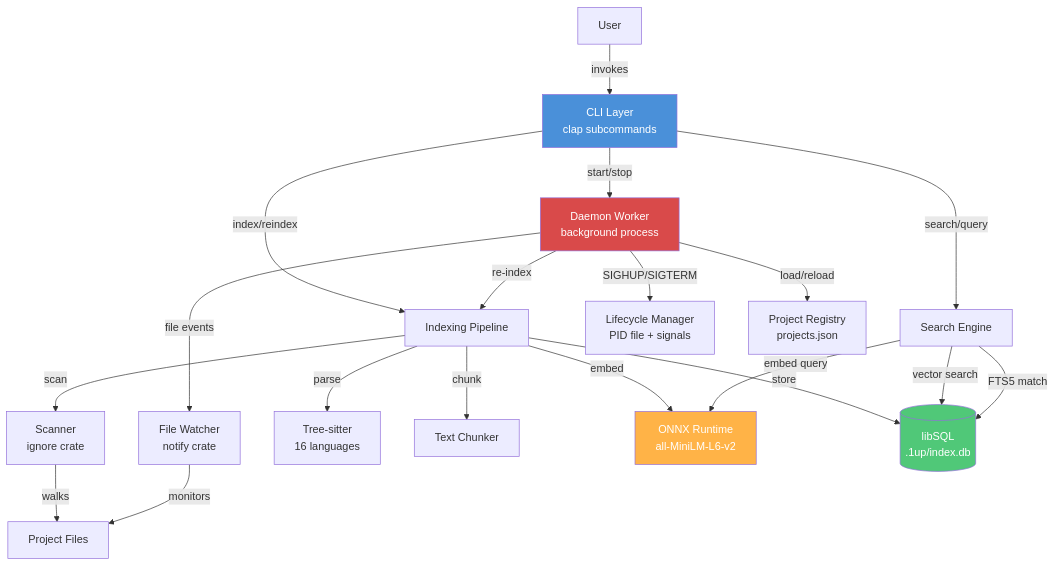
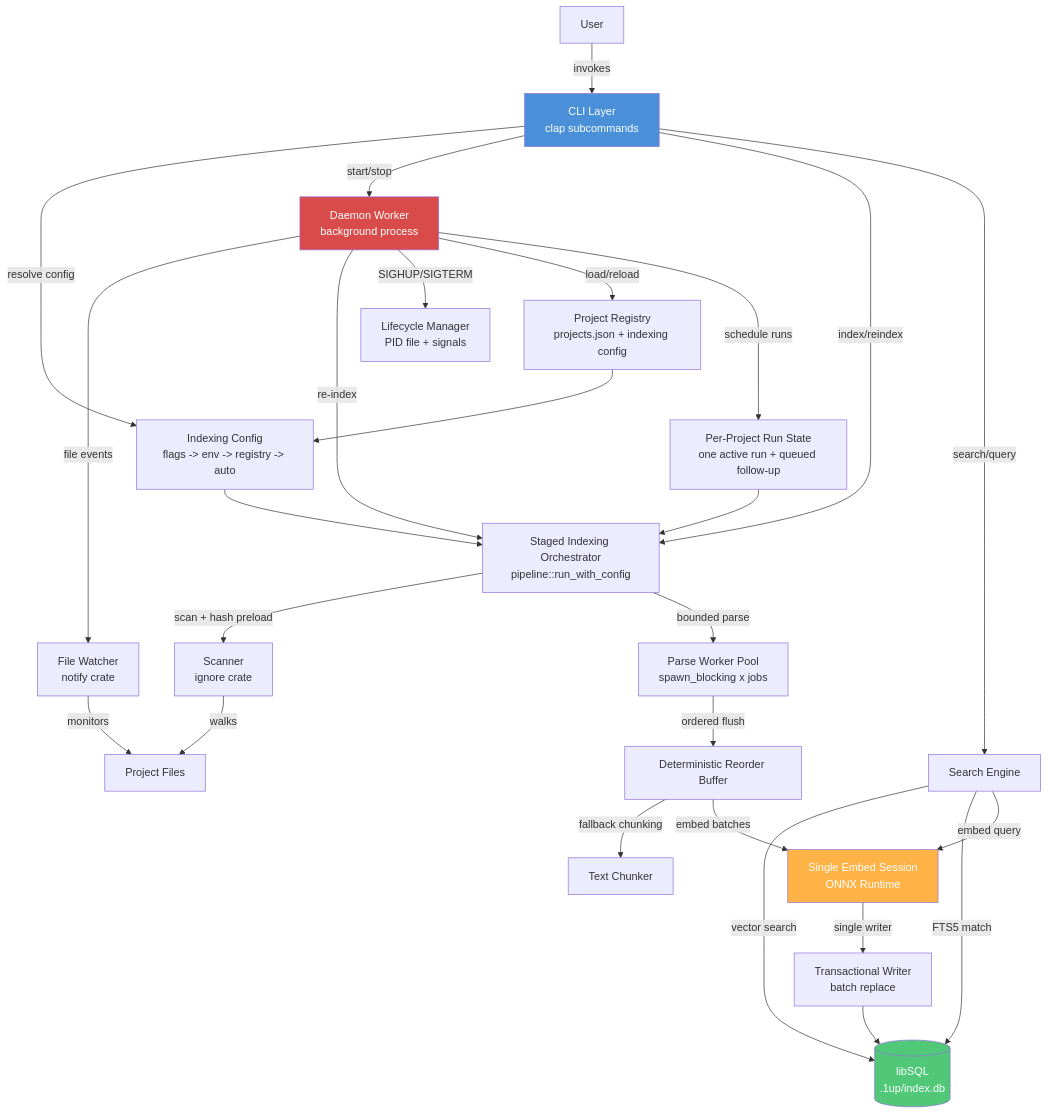
Before and after one commit to rp1-run/1up: the diagram in .rp1/context/architecture.md, drawn with Mermaid. The commit also changed other lines of this file and 3 other files, not shown here.

````diff
--- a/.rp1/context/architecture.md
+++ b/.rp1/context/architecture.md
@@ -9,30 +9,38 @@
 ```mermaid
 graph TB
     User[User] -->|invokes| CLI[CLI Layer<br/>clap subcommands]
+    CLI -->|resolve config| Config[Indexing Config<br/>flags -> env -> registry -> auto]
     CLI -->|start/stop| Daemon[Daemon Worker<br/>background process]
-    CLI -->|index/reindex| Pipeline[Indexing Pipeline]
+    CLI -->|index/reindex| Pipeline[Staged Indexing Orchestrator<br/>pipeline::run_with_config]
     CLI -->|search/query| Search[Search Engine]
 
     Daemon -->|file events| Watcher[File Watcher<br/>notify crate]
     Daemon -->|re-index| Pipeline
     Daemon -->|SIGHUP/SIGTERM| Lifecycle[Lifecycle Manager<br/>PID file + signals]
-    Daemon -->|load/reload| Registry[Project Registry<br/>projects.json]
+    Daemon -->|load/reload| Registry[Project Registry<br/>projects.json + indexing config]
+    Daemon -->|schedule runs| RunState[Per-Project Run State<br/>one active run + queued follow-up]
 
-    Pipeline -->|scan| Scanner[Scanner<br/>ignore crate]
-    Pipeline -->|parse| Parser[Tree-sitter<br/>16 languages]
-    Pipeline -->|chunk| Chunker[Text Chunker]
-    Pipeline -->|embed| Embedder[ONNX Runtime<br/>all-MiniLM-L6-v2]
-    Pipeline -->|store| DB[(libSQL<br/>.1up/index.db)]
+    Config --> Pipeline
+    Registry --> Config
+    RunState --> Pipeline
+
+    Pipeline -->|scan + hash preload| Scanner[Scanner<br/>ignore crate]
+    Pipeline -->|bounded parse| Parser[Parse Worker Pool<br/>spawn_blocking x jobs]
+    Parser -->|ordered flush| Reorder[Deterministic Reorder Buffer]
+    Reorder -->|fallback chunking| Chunker[Text Chunker]
+    Reorder -->|embed batches| Embedder[Single Embed Session<br/>ONNX Runtime]
+    Embedder -->|single writer| Writer[Transactional Writer<br/>batch replace]
+    Writer --> DB[(libSQL<br/>.1up/index.db)]
 
     Search -->|vector search| DB
     Search -->|FTS5 match| DB
     Search -->|embed query| Embedder
 
     Scanner -->|walks| FS[Project Files]
     Watcher -->|monitors| FS
 
     style CLI fill:#4A90D9,color:#fff
     style Daemon fill:#D94A4A,color:#fff
     style DB fill:#50C878,color:#fff
     style Embedder fill:#FFB347,color:#fff
 ```
````
